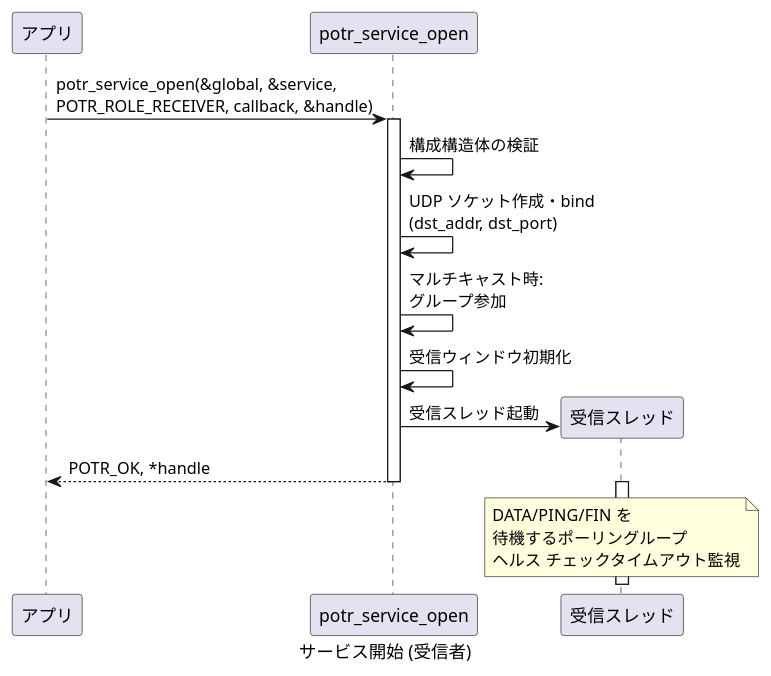
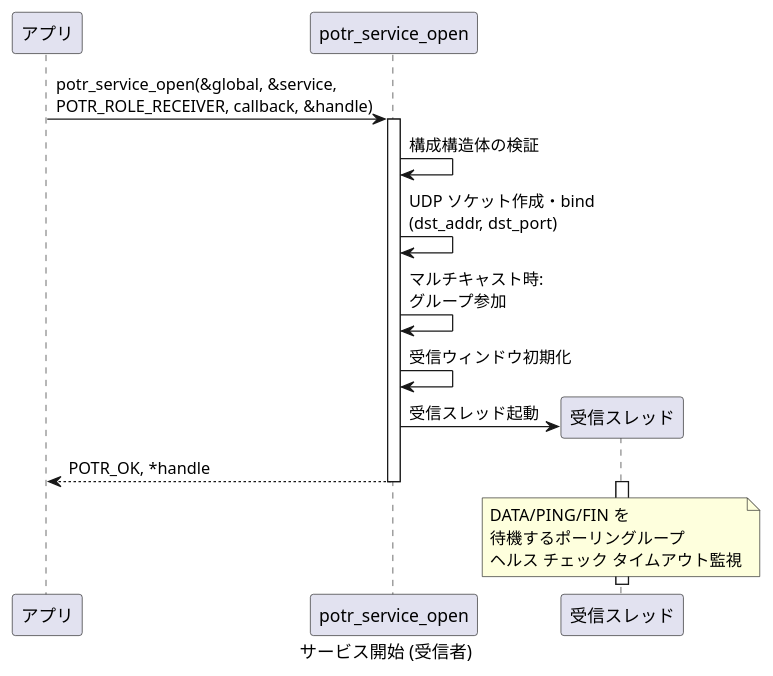
The second of 6 diagrams in docs/sequence-lifecycle.md (Hondarer/app_porter), drawn with PlantUML before and after one commit. The commit also changed other lines of this file and 29 other files, not shown here.

````diff
--- a/docs/sequence-lifecycle.md
+++ b/docs/sequence-lifecycle.md
@@ -50,26 +50,26 @@
 ```plantuml
 @startuml サービス開始 (受信者)
 caption サービス開始 (受信者)
 
 participant "アプリ" as APP
 participant "potr_service_open" as OPEN
 participant "受信スレッド" as RT
 
 APP -> OPEN: potr_service_open(&global, &service,\nPOTR_ROLE_RECEIVER, callback, &handle)
 
 activate OPEN
 OPEN -> OPEN: 構成構造体の検証
 OPEN -> OPEN: UDP ソケット作成・bind\n(dst_addr, dst_port)
 OPEN -> OPEN: マルチキャスト時:\nグループ参加
 OPEN -> OPEN: 受信ウィンドウ初期化
 
 OPEN -> RT**: 受信スレッド起動
 
 OPEN --> APP: POTR_OK, *handle
 deactivate OPEN
 
 activate RT
-note over RT: DATA/PING/FIN を\n待機するポーリングループ\nヘルス チェックタイムアウト監視
+note over RT: DATA/PING/FIN を\n待機するポーリングループ\nヘルス チェック タイムアウト監視
 
 @enduml
 ```
````
